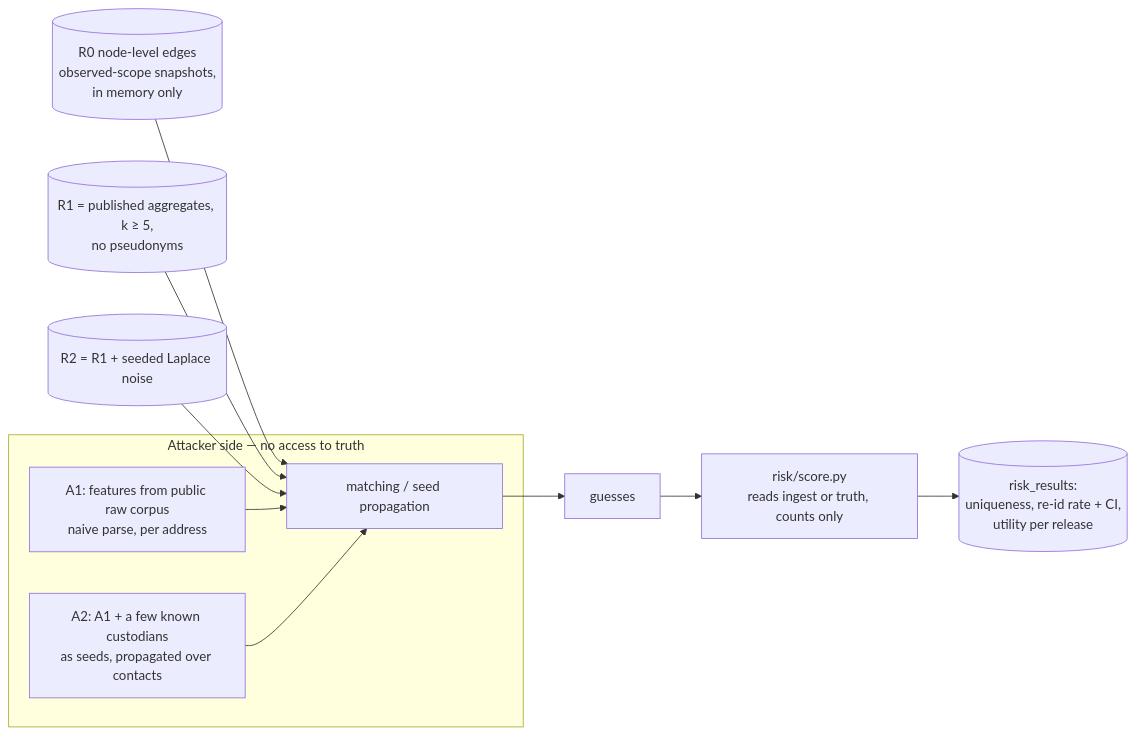
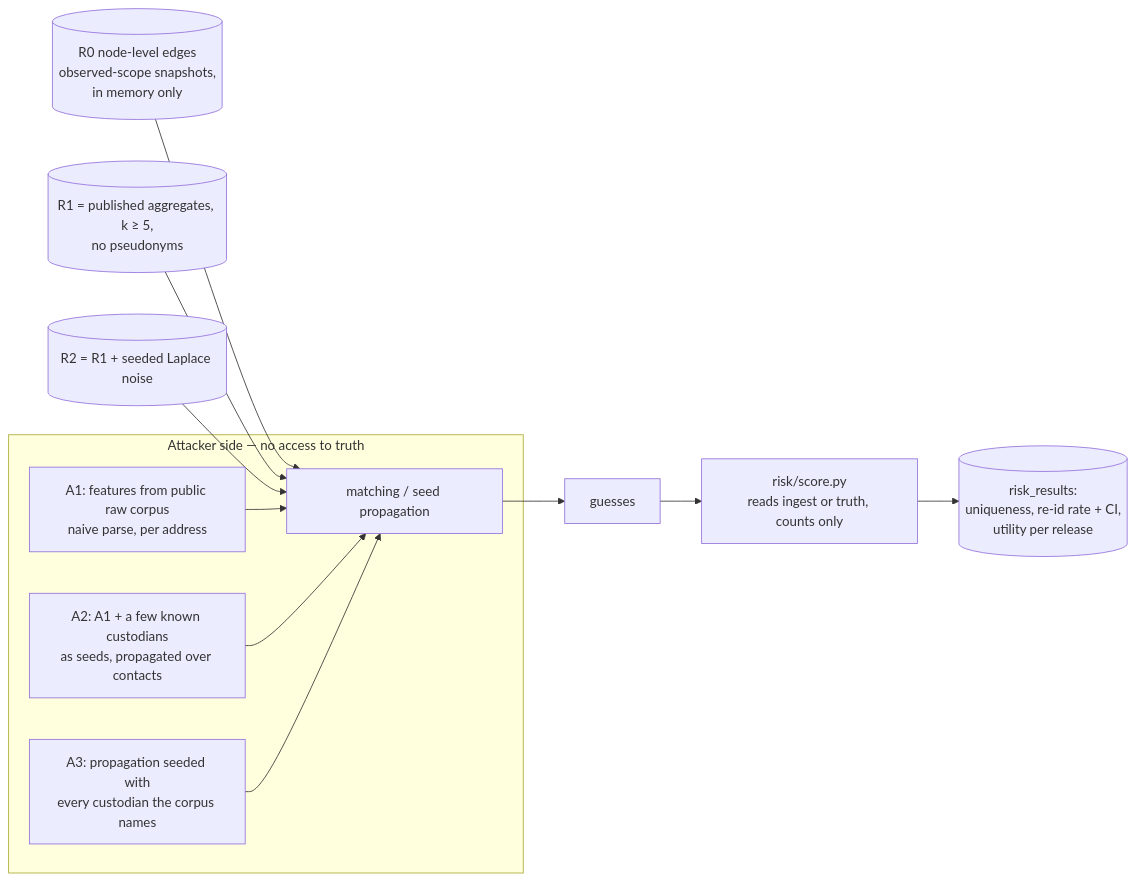
One commit to marcusvieira88/network-science changed the fifth of 6 diagrams in docs/architecture.md. Above: the diagram before and after it, drawn with Mermaid. The commit also changed other lines of this file and 17 other files, not shown here.

````diff
--- a/docs/architecture.md
+++ b/docs/architecture.md
@@ -192,16 +205,18 @@
 ```mermaid
 flowchart LR
     subgraph Attacker["Attacker side — no access to truth"]
         AUX1[A1: features from public raw corpus<br/>naive parse, per address]
         AUX2[A2: A1 + a few known custodians<br/>as seeds, propagated over contacts]
+        AUX3[A3: propagation seeded with<br/>every custodian the corpus names]
         ATT[matching / seed propagation]
     end
     R0[(R0 node-level edges<br/>observed-scope snapshots,<br/>in memory only)] --> ATT
     R1[(R1 = published aggregates, k ≥ 5,<br/>no pseudonyms)] --> ATT
     R2[(R2 = R1 + seeded Laplace noise)] --> ATT
     AUX1 --> ATT
     AUX2 --> ATT
+    AUX3 --> ATT
     ATT --> GZ[guesses]
     GZ --> SC[risk/score.py<br/>reads ingest or truth, counts only]
     SC --> RT[(risk_results:<br/>uniqueness, re-id rate + CI,<br/>utility per release)]
 ```
````
